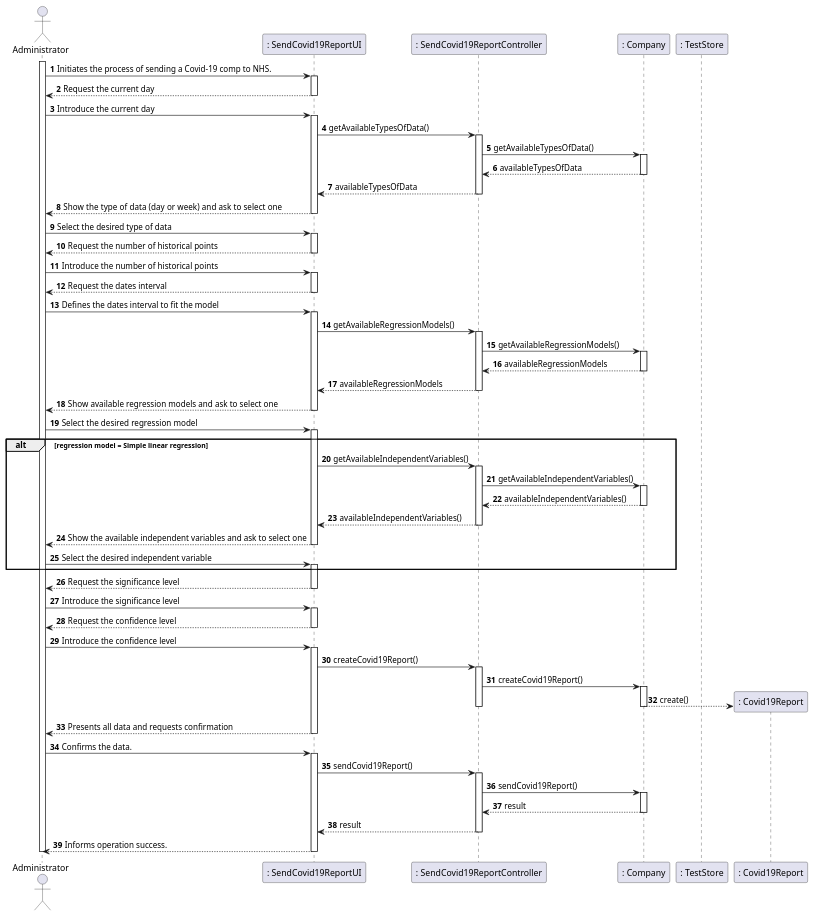
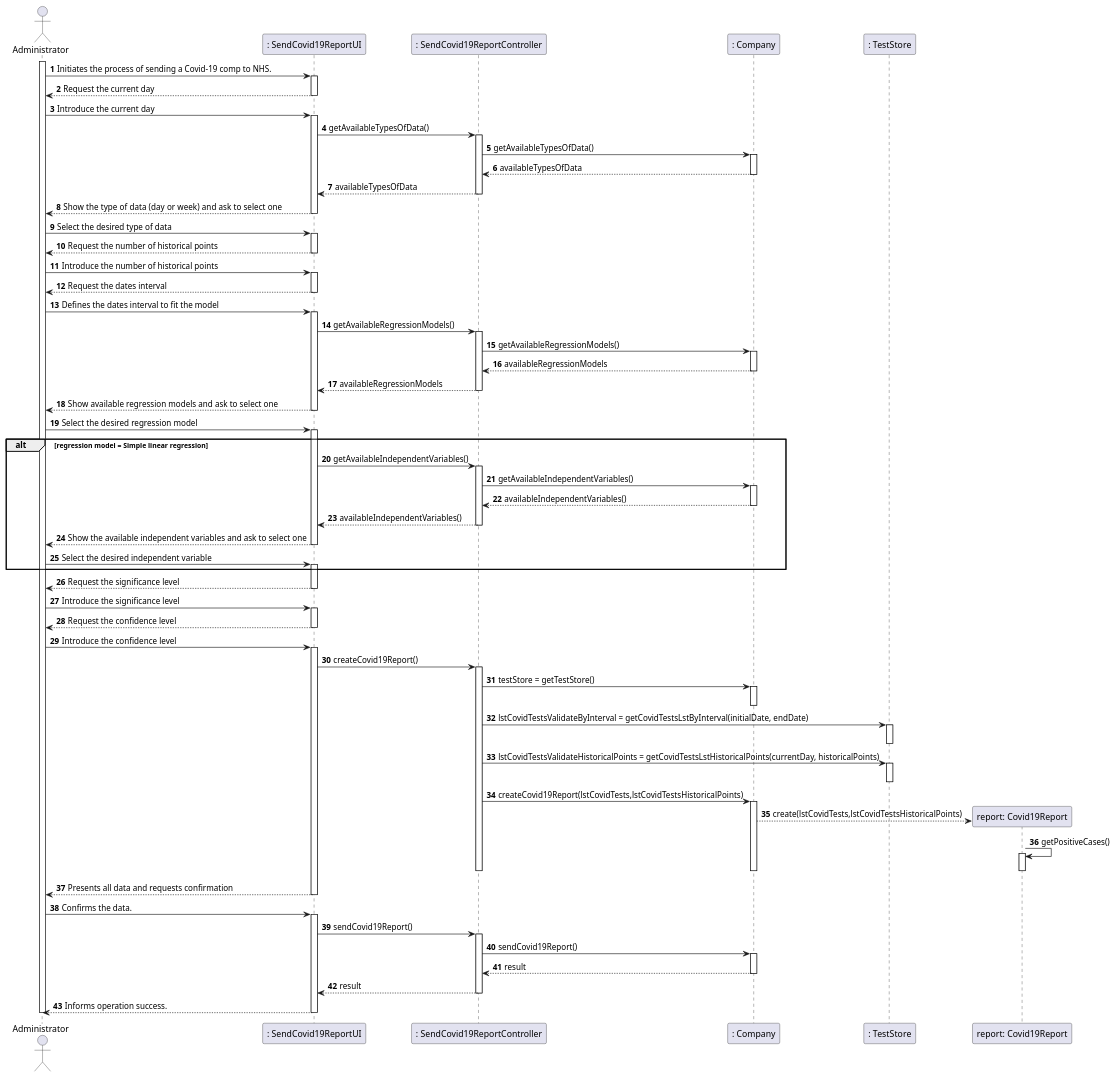
The diagram in docs/SprintD/US18/US18_SD.puml (manu-07-ela/LAPR2_ISEP), drawn with PlantUML before and after one commit. The commit also changed 21 other files, not shown here.

```diff
--- a/docs/SprintD/US18/US18_SD.puml
+++ b/docs/SprintD/US18/US18_SD.puml
@@ -1,108 +1,122 @@
 @startuml
 autonumber
 'hide footbox
 actor "Administrator" as ADMIN
 
 participant ": SendCovid19ReportUI" as UI
 participant ": SendCovid19ReportController" as CTRL
 participant ": Company" as comp
 participant ": TestStore" as store
-participant ": Covid19Report" as report
+participant "report: Covid19Report" as report
+
 
 activate ADMIN
 ADMIN -> UI : Initiates the process of sending a Covid-19 comp to NHS.
 activate UI
 UI --> ADMIN : Request the current day
 deactivate UI
 
 ADMIN -> UI : Introduce the current day
 activate UI
 UI -> CTRL : getAvailableTypesOfData()
 activate CTRL
 CTRL -> comp : getAvailableTypesOfData()
 activate comp
 comp --> CTRL : availableTypesOfData
 deactivate comp
 CTRL --> UI : availableTypesOfData
 deactivate CTRL
 UI --> ADMIN : Show the type of data (day or week)  and ask to select one
 deactivate UI
 
 ADMIN -> UI : Select the desired type of data
 activate UI
 UI --> ADMIN : Request the number of historical points
 deactivate UI
 
 ADMIN -> UI : Introduce the number of historical points
 activate UI
 
 UI --> ADMIN : Request the dates interval
 deactivate UI
 
 ADMIN -> UI : Defines the dates interval to fit the model
 activate UI
 UI -> CTRL : getAvailableRegressionModels()
 activate CTRL
 CTRL -> comp : getAvailableRegressionModels()
 activate comp
 comp --> CTRL : availableRegressionModels
 deactivate comp
 CTRL --> UI : availableRegressionModels
 deactivate CTRL
 UI --> ADMIN : Show available regression models and ask to select one
 deactivate UI
 
 ADMIN-> UI : Select the desired regression model
 activate UI
 alt regression model = Simple linear regression
 UI -> CTRL : getAvailableIndependentVariables()
 activate CTRL
 CTRL -> comp : getAvailableIndependentVariables()
 activate comp
 comp --> CTRL : availableIndependentVariables()
 deactivate comp
 CTRL --> UI : availableIndependentVariables()
 deactivate CTRL
 UI --> ADMIN : Show the available independent variables and ask to select one
 deactivate UI
 ADMIN-> UI : Select the desired independent variable
 activate UI
 end
 
 UI --> ADMIN : Request the significance level
 deactivate UI
 
 ADMIN -> UI : Introduce the significance level
 activate UI
 
 UI --> ADMIN : Request the confidence level
 deactivate UI
 
 ADMIN -> UI : Introduce the confidence level
 activate UI
+
 UI -> CTRL : createCovid19Report()
 activate CTRL
-CTRL -> comp : createCovid19Report()
+CTRL -> comp : testStore = getTestStore()
 activate comp
-comp --> report** :create()
+deactivate comp
+CTRL -> store : lstCovidTestsValidateByInterval = getCovidTestsLstByInterval(initialDate, endDate)
+activate store
+deactivate store
+CTRL -> store : lstCovidTestsValidateHistoricalPoints = getCovidTestsLstHistoricalPoints(currentDay, historicalPoints)
+activate store
+deactivate store
+CTRL -> comp : createCovid19Report(lstCovidTests,lstCovidTestsHistoricalPoints)
+activate comp
+comp --> report** :create(lstCovidTests,lstCovidTestsHistoricalPoints)
+report -> report : getPositiveCases()
+activate report
+deactivate report
 deactivate comp
 deactivate CTRL
 UI --> ADMIN :  Presents all data and requests confirmation
 deactivate UI
 
 ADMIN -> UI : Confirms the data.
 activate UI
 UI -> CTRL : sendCovid19Report()
 activate CTRL
 CTRL -> comp : sendCovid19Report()
 activate comp
 comp --> CTRL : result
 deactivate comp
 CTRL --> UI : result
 deactivate CTRL
 UI --> ADMIN : Informs operation success.
 deactivate UI
 
 deactivate ADMIN
 
 @enduml
```
